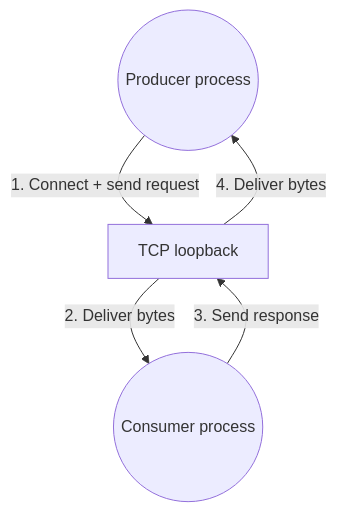
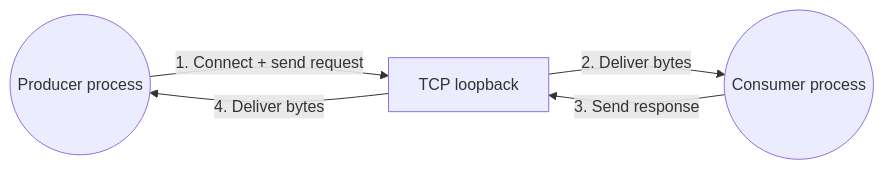
The first of 5 diagrams in docs/SharedMemory.md (benchiverton/MemoryMessaging), drawn with Mermaid before and after one commit. The commit also changed other lines of this file, not shown here.

````diff
--- a/docs/SharedMemory.md
+++ b/docs/SharedMemory.md
@@ -7,7 +7,7 @@
 ```mermaid
-flowchart TD
+flowchart LR
     A((Producer process)) -->|1. Connect + send request| B[TCP loopback]
     B -->|2. Deliver bytes| C((Consumer process))
     C -->|3. Send response| B
     B -->|4. Deliver bytes| A
 ```
````
